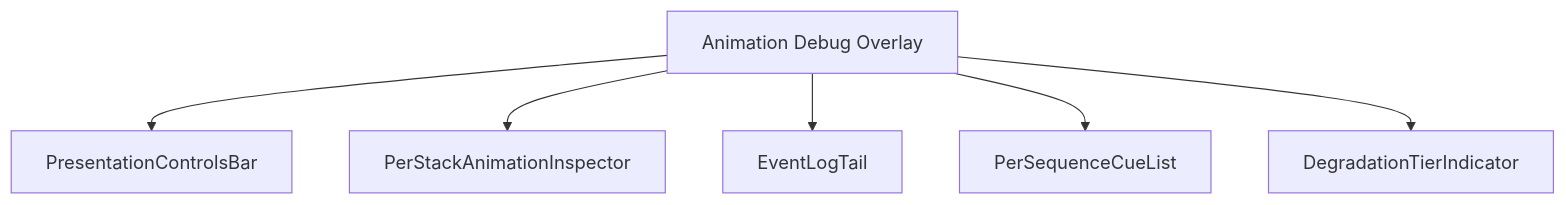
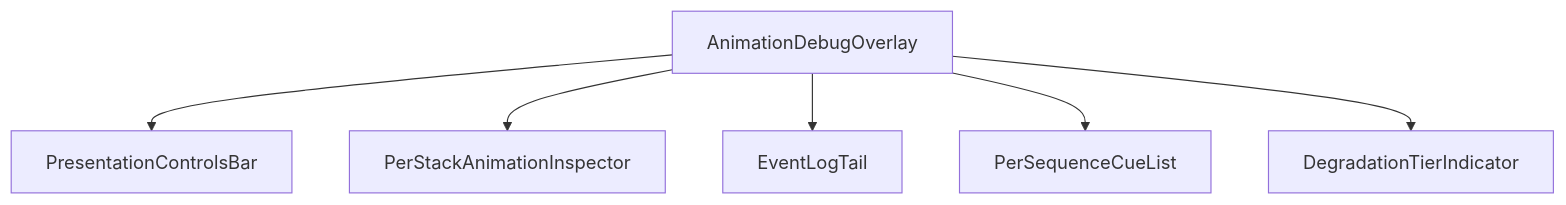
One commit to SunaNoOshiro/Heroes_Reforged_AI_Realms changed the first of 4 diagrams in docs/architecture/wiki/screens/67-animation-debug-overlay/architecture.md. Above: the diagram before and after it, drawn with Mermaid. The commit also changed other lines of this file and 518 other files, not shown here.

First line of the commit message:
Add doc-audit skill and sweep architecture/screen docs

````diff
--- a/docs/architecture/wiki/screens/67-animation-debug-overlay/architecture.md
+++ b/docs/architecture/wiki/screens/67-animation-debug-overlay/architecture.md
@@ -18,14 +19,9 @@
 ```mermaid
 flowchart TD
-  Root["Animation Debug Overlay"]
-  C0["PresentationControlsBar"]
-  Root --> C0
-  C1["PerStackAnimationInspector"]
-  Root --> C1
-  C2["EventLogTail"]
-  Root --> C2
-  C3["PerSequenceCueList"]
-  Root --> C3
-  C4["DegradationTierIndicator"]
-  Root --> C4
+  Root["AnimationDebugOverlay"]
+  Root --> C0["PresentationControlsBar"]
+  Root --> C1["PerStackAnimationInspector"]
+  Root --> C2["EventLogTail"]
+  Root --> C3["PerSequenceCueList"]
+  Root --> C4["DegradationTierIndicator"]
 ```
````
